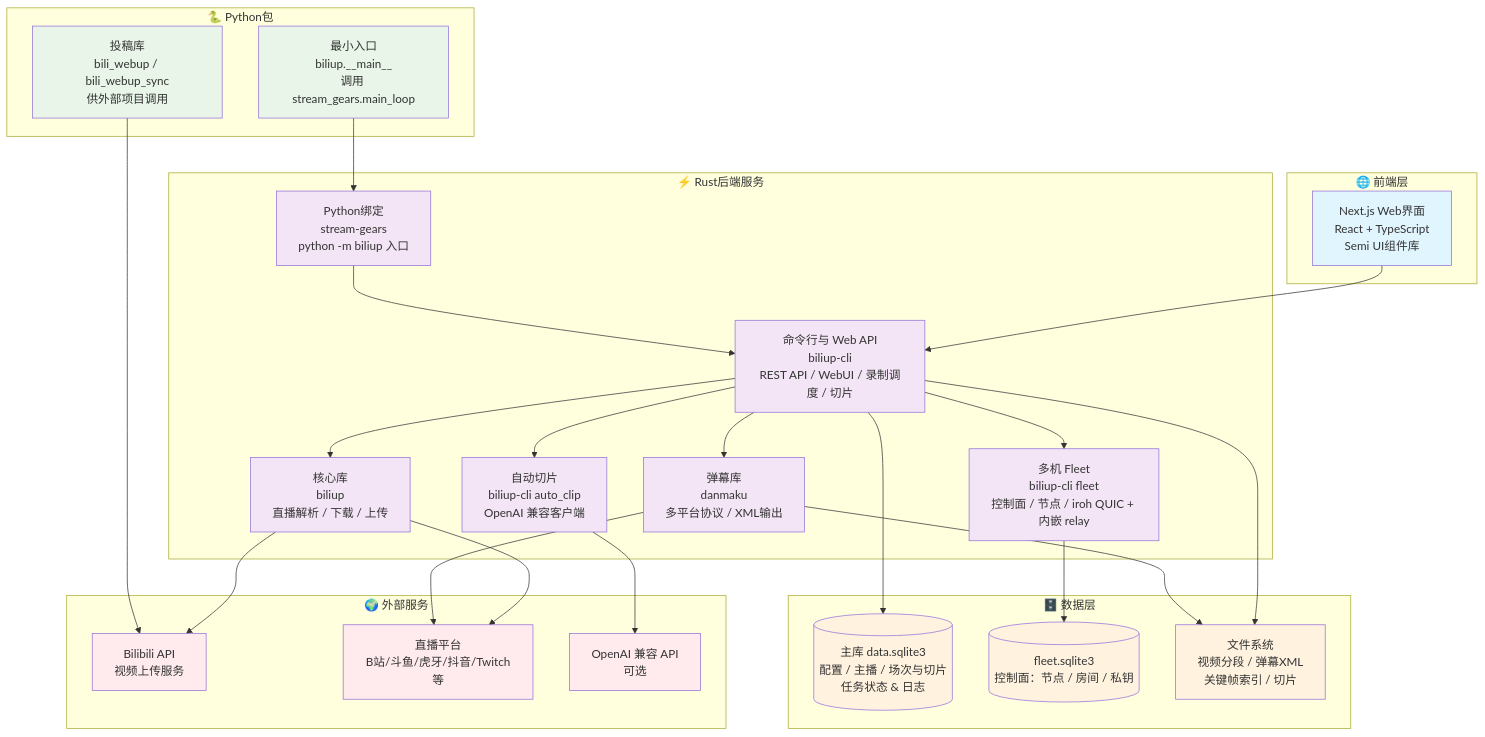
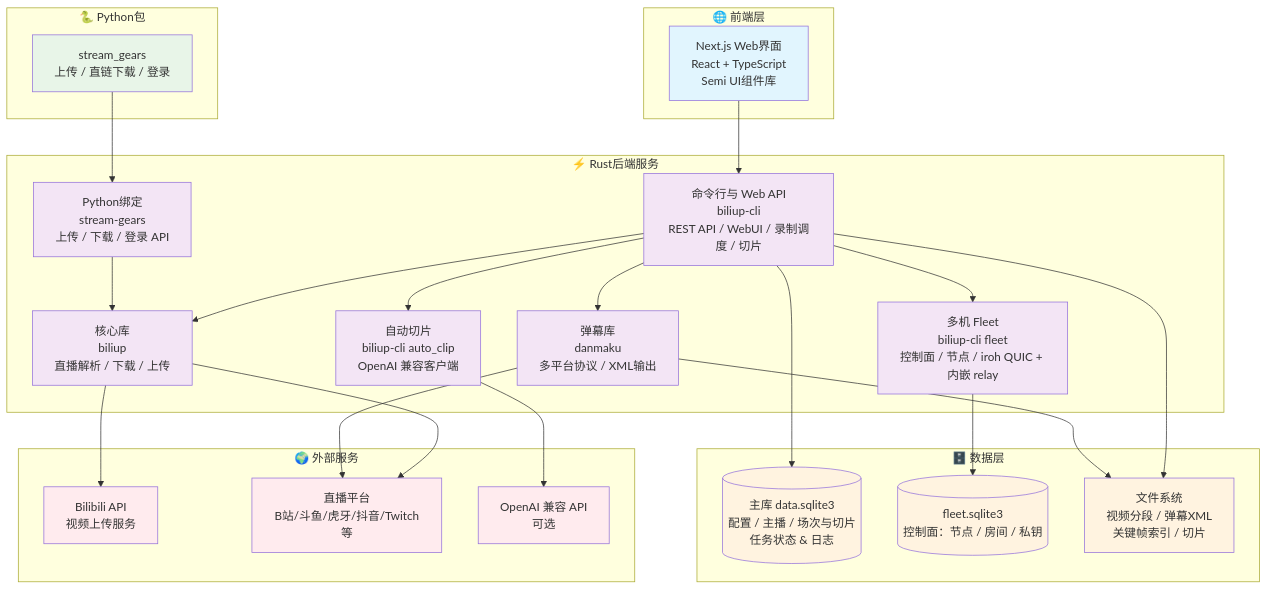
The diagram in README.md (biliup/biliup), drawn with Mermaid before and after one commit. The commit also changed other lines of this file and 435 other files, not shown here.

````diff
--- a/README.md
+++ b/README.md
@@ -313,54 +314,52 @@
 ```mermaid
 graph TB
     subgraph "🌐 前端层"
         UI[Next.js Web界面<br/>React + TypeScript<br/>Semi UI组件库]
     end
 
     subgraph "⚡ Rust后端服务"
         CLI[命令行与 Web API<br/>biliup-cli<br/>REST API / WebUI / 录制调度 / 切片]
         FLEET[多机 Fleet<br/>biliup-cli fleet<br/>控制面 / 节点 / iroh QUIC + 内嵌 relay]
         AUTOCLIP[自动切片<br/>biliup-cli auto_clip<br/>OpenAI 兼容客户端]
         CORE[核心库<br/>biliup<br/>直播解析 / 下载 / 上传]
         DANMAKU[弹幕库<br/>danmaku<br/>多平台协议 / XML输出]
-        GEARS[Python绑定<br/>stream-gears<br/>python -m biliup 入口]
+        GEARS[Python绑定<br/>stream-gears<br/>上传 / 下载 / 登录 API]
     end
 
     subgraph "🐍 Python包"
-        PYENTRY[最小入口<br/>biliup.__main__<br/>调用 stream_gears.main_loop]
-        PYUPLOAD[投稿库<br/>bili_webup / bili_webup_sync<br/>供外部项目调用]
+        PYAPI[stream_gears<br/>上传 / 直链下载 / 登录]
     end
 
     subgraph "🗄️ 数据层"
         DB[(主库 data.sqlite3<br/>配置 / 主播 / 场次与切片<br/>任务状态 & 日志)]
         FLEETDB[(fleet.sqlite3<br/>控制面：节点 / 房间 / 私钥)]
         FILES[文件系统<br/>视频分段 / 弹幕XML<br/>关键帧索引 / 切片]
     end
 
     subgraph "🌍 外部服务"
         BILI[Bilibili API<br/>视频上传服务]
         STREAMS[直播平台<br/>B站/斗鱼/虎牙/抖音/Twitch等]
         LLM[OpenAI 兼容 API<br/>可选]
     end
 
     UI --> CLI
     CLI --> CORE & DANMAKU & FLEET & AUTOCLIP
     CLI --> DB & FILES
     FLEET --> FLEETDB
     AUTOCLIP --> LLM
     CORE --> STREAMS & BILI
     DANMAKU --> STREAMS & FILES
-    GEARS --> CLI
-    PYENTRY --> GEARS
-    PYUPLOAD --> BILI
+    GEARS --> CORE
+    PYAPI --> GEARS
 
     classDef ui fill:#e1f5fe
     classDef rust fill:#f3e5f5
     classDef py fill:#e8f5e8
     classDef data fill:#fff3e0
     classDef ext fill:#ffebee
     class UI ui
     class CLI,FLEET,AUTOCLIP,CORE,DANMAKU,GEARS rust
-    class PYENTRY,PYUPLOAD py
+    class PYAPI py
     class DB,FLEETDB,FILES data
     class BILI,STREAMS,LLM ext
 ```
````
